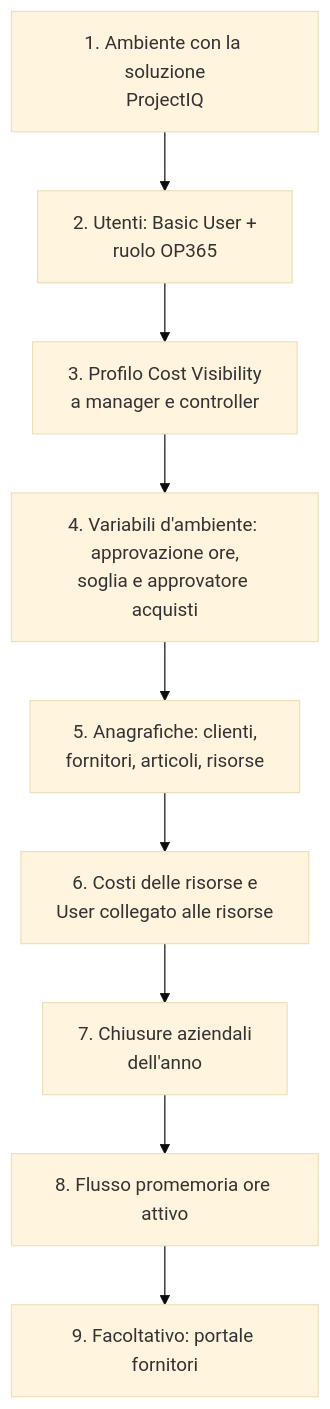
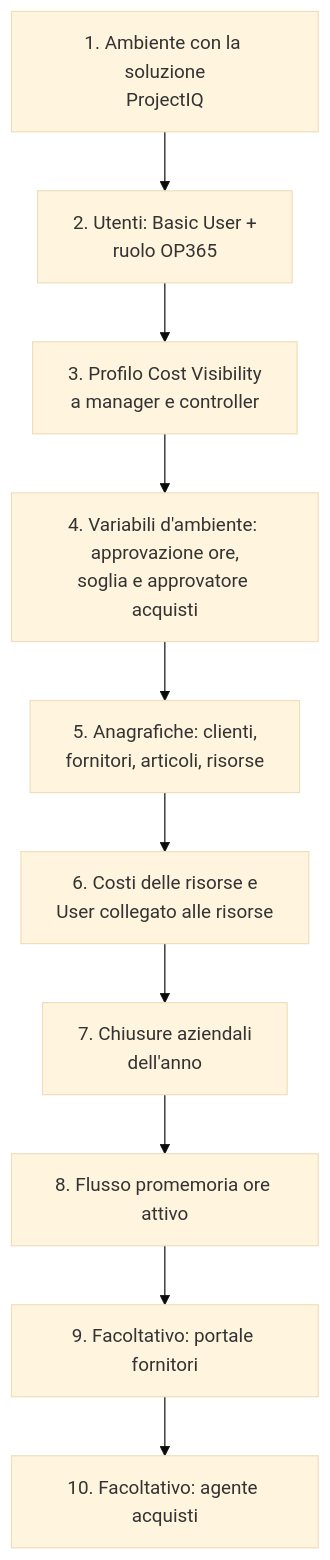
Before and after one commit to Power-Builders-Italia/ProjectIQ: the first of 3 diagrams in docs/it/administration.md, drawn with Mermaid (base theme). The commit also changed other lines of this file and 43 other files, not shown here.

````diff
--- a/docs/it/administration.md
+++ b/docs/it/administration.md
@@ -12,11 +12,12 @@
 ```mermaid
 flowchart TD
     A[1. Ambiente con la soluzione<br/>ProjectIQ] --> B[2. Utenti: Basic User +<br/>ruolo OP365]
     B --> C[3. Profilo Cost Visibility<br/>a manager e controller]
     C --> D[4. Variabili d'ambiente: approvazione ore,<br/>soglia e approvatore acquisti]
     D --> E[5. Anagrafiche: clienti,<br/>fornitori, articoli, risorse]
     E --> F[6. Costi delle risorse e<br/>User collegato alle risorse]
     F --> G[7. Chiusure aziendali<br/>dell'anno]
     G --> H[8. Flusso promemoria ore attivo]
     H --> I[9. Facoltativo: portale fornitori]
+    I --> J[10. Facoltativo: agente acquisti]
 ```
````
